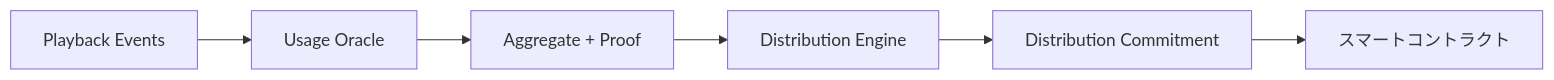
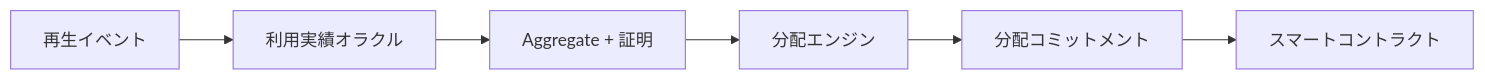
The fourth of 4 diagrams in docs/adr/ADR-0005-usage-oracle.md (ShigeichiroYamasaki/creator-first-platform), drawn with Mermaid before and after one commit. The commit also changed other lines of this file and 72 other files, not shown here.

````diff
--- a/docs/adr/ADR-0005-usage-oracle.md
+++ b/docs/adr/ADR-0005-usage-oracle.md
@@ -719,11 +719,11 @@
 ```mermaid
 flowchart LR
-    EVENTS[Playback Events]
-    ORACLE[Usage Oracle]
-    PROOF[Aggregate + Proof]
-    ENGINE[Distribution Engine]
-    ROOT[Distribution Commitment]
+    EVENTS[再生イベント]
+    ORACLE[利用実績オラクル]
+    PROOF[Aggregate + 証明]
+    ENGINE[分配エンジン]
+    ROOT[分配コミットメント]
     CONTRACT[スマートコントラクト]
 
     EVENTS --> ORACLE --> PROOF --> ENGINE --> ROOT --> CONTRACT
 ```
````
